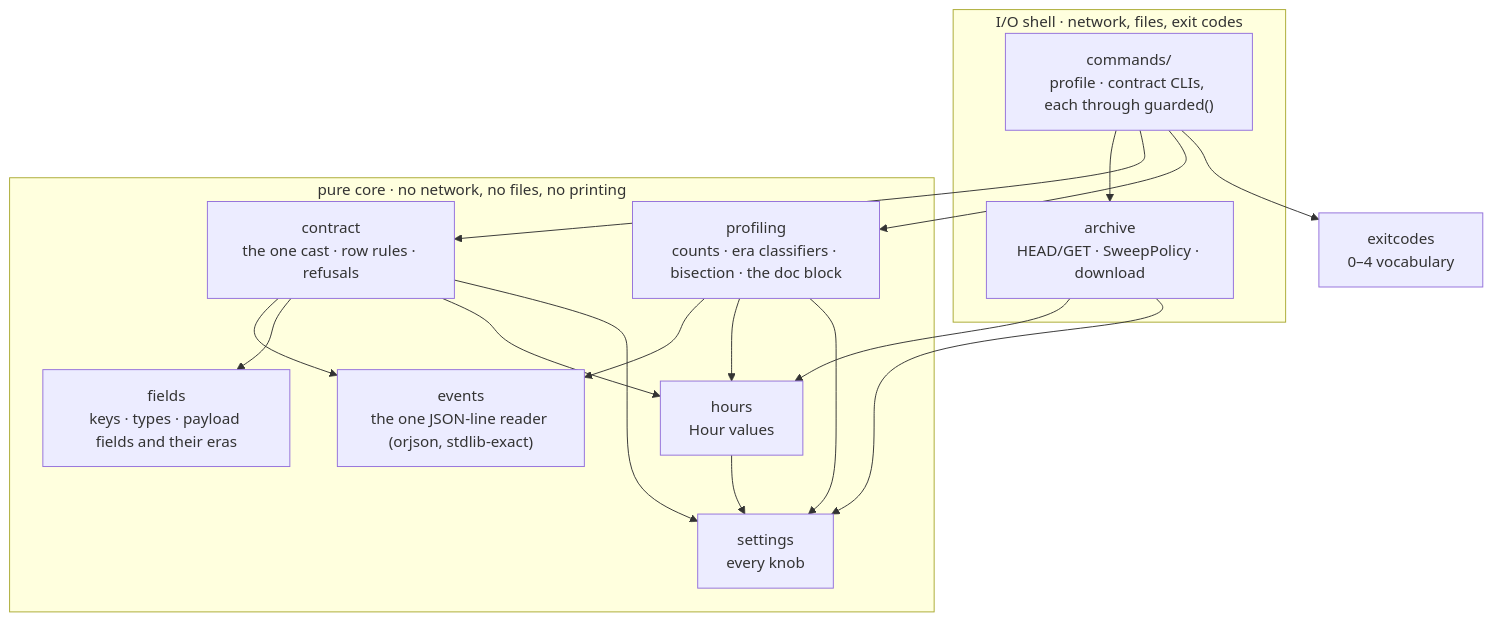
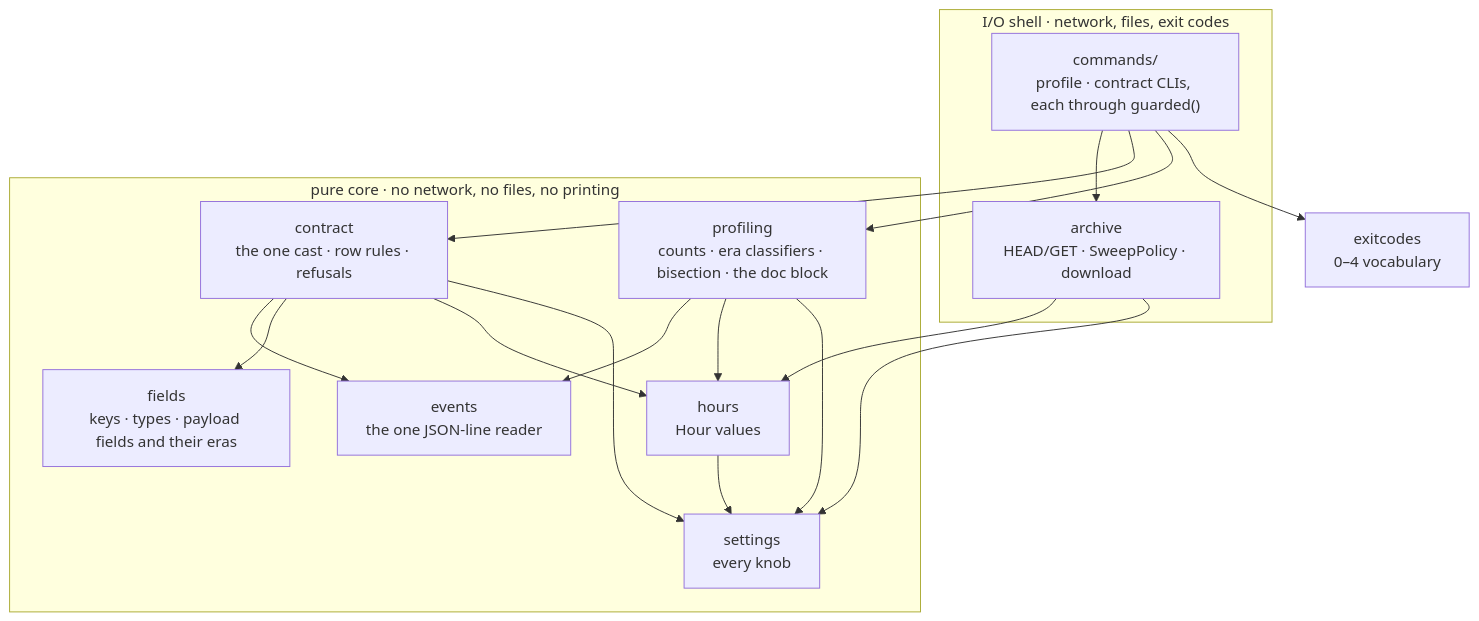
Before and after one commit to loadbearingcode-222/ghflow: the second of 2 diagrams in docs/architecture.md, drawn with Mermaid. The commit also changed 8 other files, not shown here.

First line of the commit message:
revert: orjson missed its committed prediction, so the reader stays on json.loads (M0-S5)

````diff
--- a/docs/architecture.md
+++ b/docs/architecture.md
@@ -90,22 +90,22 @@
 ```mermaid
 flowchart TB
   subgraph SHELL["I/O shell · network, files, exit codes"]
     CMD["commands/<br/>profile · contract CLIs, each through guarded()"]
     ARC["archive<br/>HEAD/GET · SweepPolicy · download"]
   end
   subgraph CORE["pure core · no network, no files, no printing"]
     CON["contract<br/>the one cast · row rules · refusals"]
     PRO["profiling<br/>counts · era classifiers · bisection · the doc block"]
-    EVT["events<br/>the one JSON-line reader (orjson, stdlib-exact)"]
+    EVT["events<br/>the one JSON-line reader"]
     FLD["fields<br/>keys · types · payload fields and their eras"]
     HRS["hours<br/>Hour values"]
     SET["settings<br/>every knob"]
   end
   EXC["exitcodes<br/>0–4 vocabulary"]
   CMD --> ARC & CON & PRO & EXC
   CON --> EVT & FLD
   PRO --> EVT
   ARC & CON & PRO --> HRS
   HRS --> SET
   ARC & CON & PRO --> SET
 ```
````
